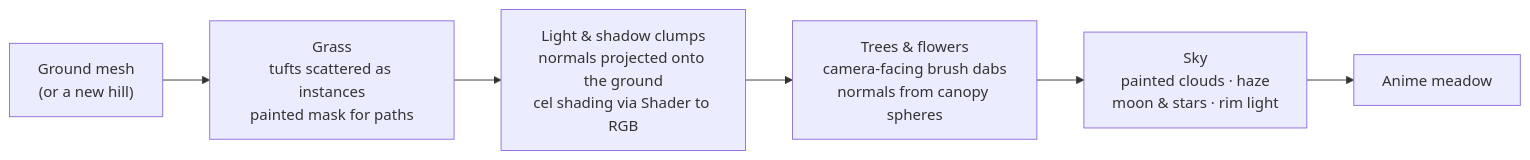
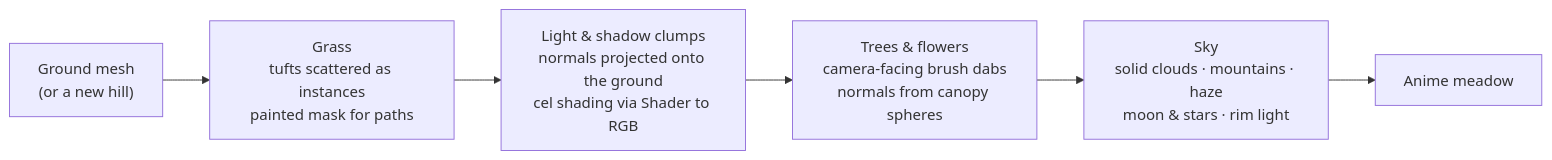
The diagram in README.en.md (kanaworksai-hue/harappa), drawn with Mermaid before and after one commit. The commit also changed other lines of this file and 15 other files, not shown here.

````diff
--- a/README.en.md
+++ b/README.en.md
@@ -97,8 +108,8 @@
 ```mermaid
 flowchart LR
     M["Ground mesh<br/>(or a new hill)"] --> G["Grass<br/>tufts scattered as instances<br/>painted mask for paths"]
     G --> C["Light & shadow clumps<br/>normals projected onto the ground<br/>cel shading via Shader to RGB"]
     C --> T["Trees & flowers<br/>camera-facing brush dabs<br/>normals from canopy spheres"]
-    T --> S["Sky<br/>painted clouds · haze<br/>moon & stars · rim light"]
+    T --> S["Sky<br/>solid clouds · mountains · haze<br/>moon & stars · rim light"]
     S --> R["Anime meadow"]
 ```
````
